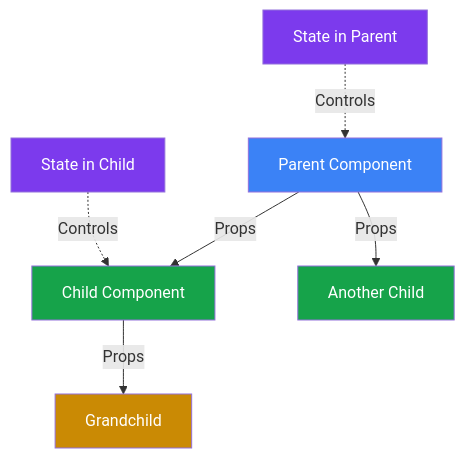
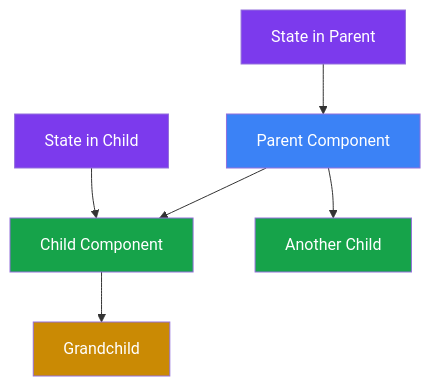
Before and after one commit to upasanaprabhakar/web-dev-handbook: the first of 3 diagrams in react/state_props/README.md, drawn with Mermaid. The commit also changed other lines of this file, not shown here.

Commit message:
state and props topic minor updates

````diff
--- a/react/state_props/README.md
+++ b/react/state_props/README.md
@@ -46,20 +46,21 @@
 ```mermaid
 graph TD
-    A[Parent Component] -->|Props| B[Child Component]
-    A -->|Props| C[Another Child]
-    B -->|Props| D[Grandchild]
+    A[Parent Component] --> B[Child Component]
+    A --> C[Another Child]
+    B --> D[Grandchild]
 
-    A1[State in Parent] -.->|Controls| A
-    B1[State in Child] -.->|Controls| B
+    A1[State in Parent] --> A
+    B1[State in Child] --> B
 
     classDef parent fill:#3B82F6,color:#ffffff
     classDef child fill:#16A34A,color:#ffffff
     classDef grand fill:#CA8A04,color:#ffffff
     classDef state fill:#7C3AED,color:#ffffff
 
     class A parent
     class B,C child
     class D grand
     class A1,B1 state
 
+
 ```
````
